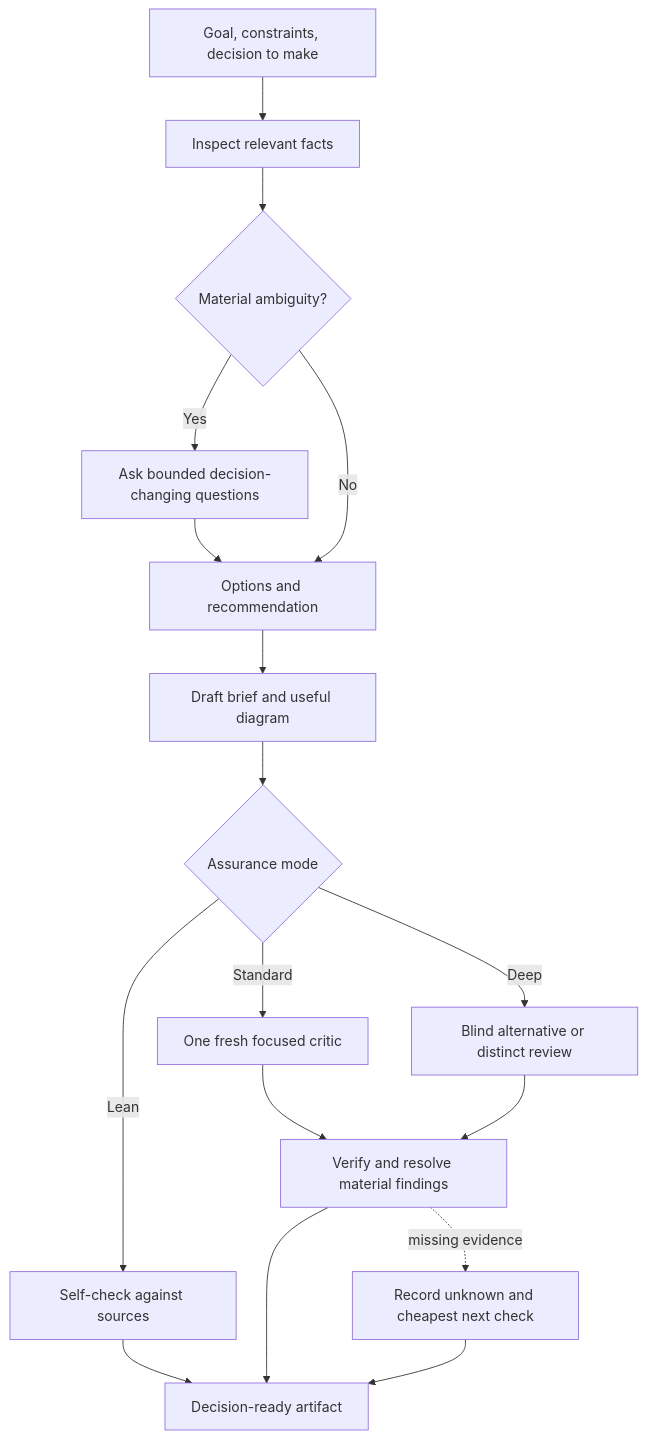
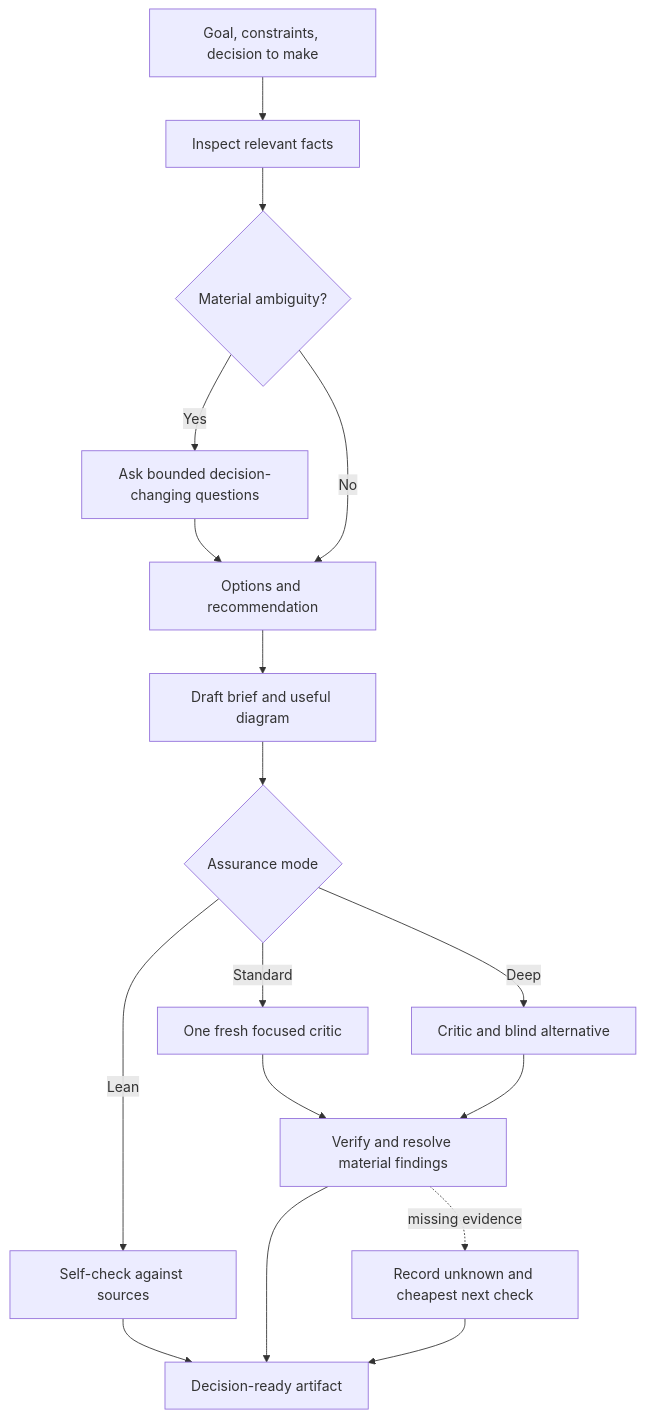
Before and after one commit to hardworker/agentic-toolkit: the diagram in docs/planning-research/skill-proposal.md, drawn with Mermaid. The commit also changed other lines of this file and 31 other files, not shown here.

````diff
--- a/docs/planning-research/skill-proposal.md
+++ b/docs/planning-research/skill-proposal.md
@@ -27,19 +27,19 @@
 ```mermaid
 flowchart TD
     A[Goal, constraints, decision to make] --> B[Inspect relevant facts]
     B --> C{Material ambiguity?}
     C -->|Yes| Q[Ask bounded decision-changing questions]
     Q --> D[Options and recommendation]
     C -->|No| D
     D --> E[Draft brief and useful diagram]
     E --> F{Assurance mode}
     F -->|Lean| L[Self-check against sources]
     F -->|Standard| S[One fresh focused critic]
-    F -->|Deep| H[Blind alternative or distinct review]
+    F -->|Deep| H[Critic and blind alternative]
     S --> V[Verify and resolve material findings]
     H --> V
     L --> R[Decision-ready artifact]
     V --> R
     V -. missing evidence .-> U[Record unknown and cheapest next check]
     U --> R
 ```
````
